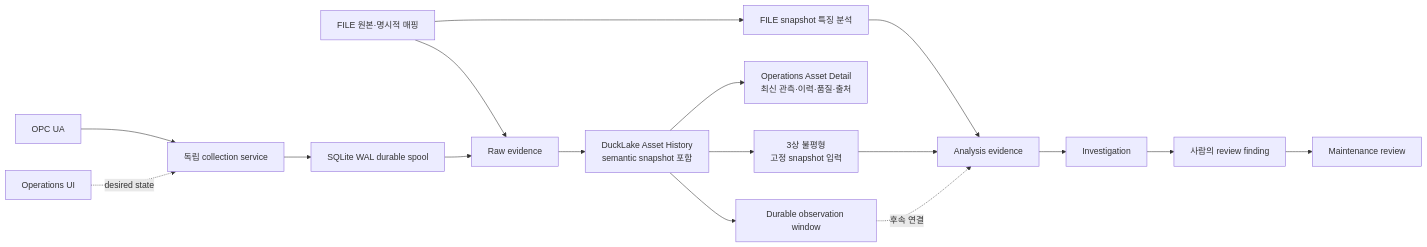
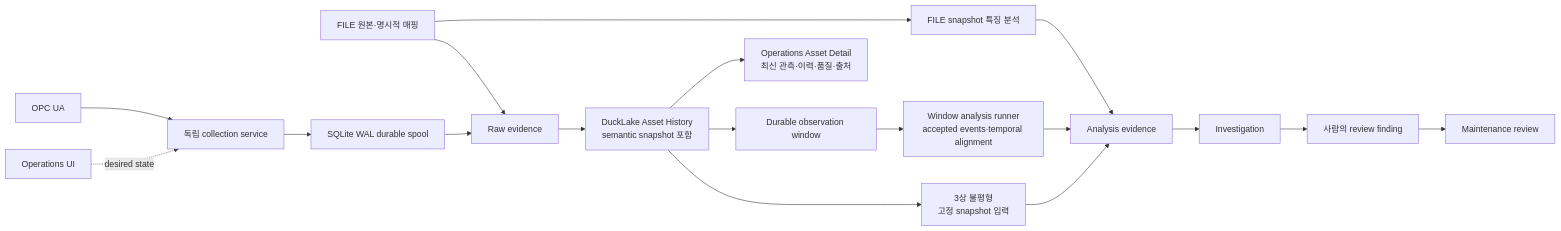
The diagram in docs/architecture/overview.md (so9093-K/industrial-phm-framework), drawn with Mermaid before and after one commit. The commit also changed other lines of this file and 10 other files, not shown here.

````diff
--- a/docs/architecture/overview.md
+++ b/docs/architecture/overview.md
@@ -75,19 +76,20 @@
 ```mermaid
 flowchart LR
     FILE[FILE 원본·명시적 매핑] --> RAW[Raw evidence]
     OPC[OPC UA] --> COLLECTOR[독립 collection service]
     COLLECTOR --> SPOOL[SQLite WAL durable spool]
     SPOOL --> RAW
     RAW --> HISTORY[DuckLake Asset History<br/>semantic snapshot 포함]
     HISTORY --> WINDOW[Durable observation window]
     HISTORY --> ASSET[Operations Asset Detail<br/>최신 관측·이력·품질·출처]
     HISTORY --> UNBALANCE[3상 불평형<br/>고정 snapshot 입력]
     FILE --> ANALYSIS[FILE snapshot 특징 분석]
     ANALYSIS --> EVIDENCE[Analysis evidence]
+    WINDOW --> RUNNER[Window analysis runner<br/>accepted events·temporal alignment]
+    RUNNER --> EVIDENCE
     UNBALANCE --> EVIDENCE
     EVIDENCE --> INVESTIGATION[Investigation]
     INVESTIGATION --> FINDING[사람의 review finding]
     FINDING --> REVIEW[Maintenance review]
     UI[Operations UI] -. desired state .-> COLLECTOR
-    WINDOW -. 후속 연결 .-> EVIDENCE
 ```
````
